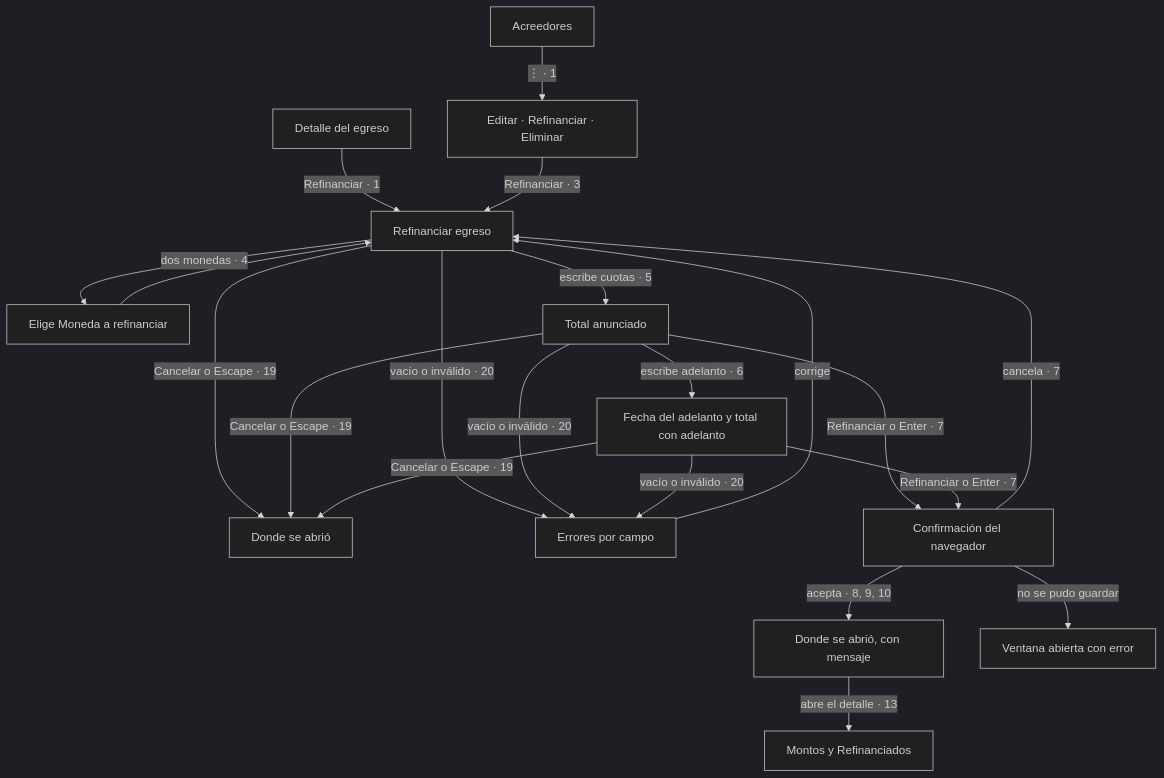
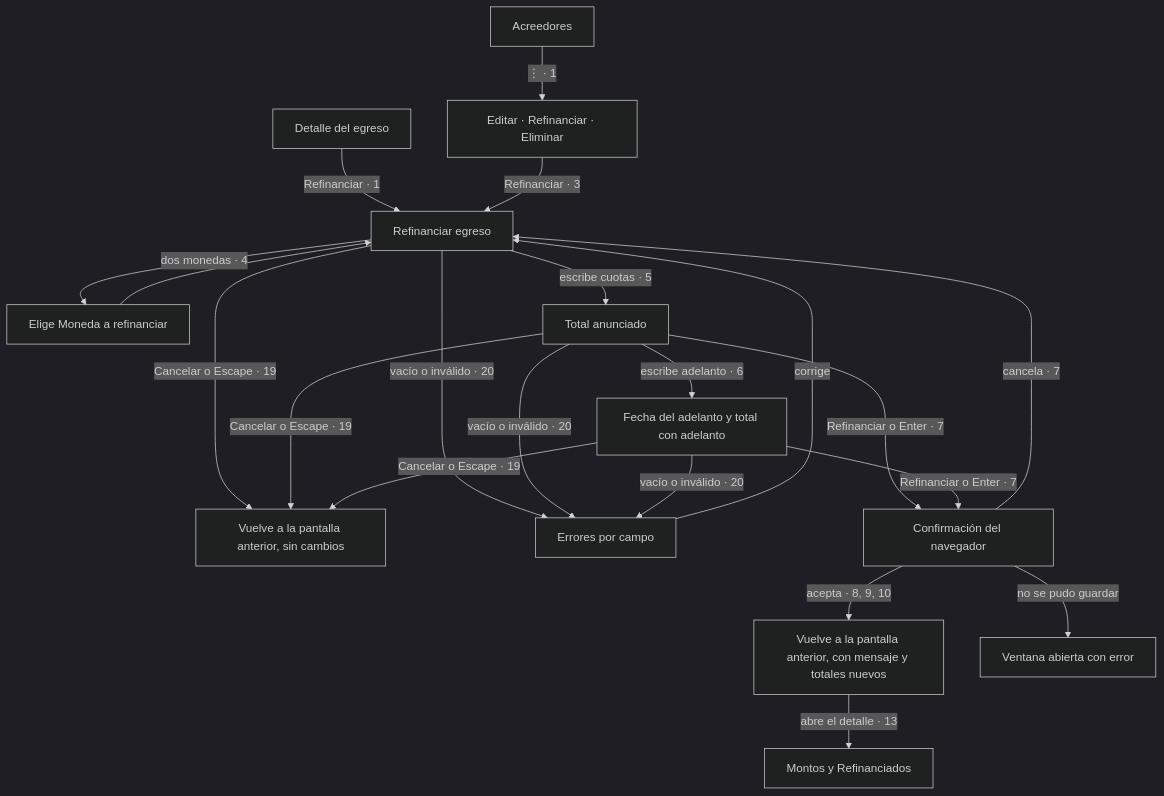
Before and after one commit to rochafederico/nivva: the diagram in specs/004-refinanciar-egreso/flujo.md, drawn with Mermaid (dark theme).

Commit message:
Flujo 004: nombres más claros para volver a la pantalla anterior
Claude-Session: https://claude.ai/code/session_01B92UGrid29PFYGjWiDBVej

````diff
--- a/specs/004-refinanciar-egreso/flujo.md
+++ b/specs/004-refinanciar-egreso/flujo.md
@@ -10,18 +10,18 @@
 ```mermaid
 flowchart TD
   A[Acreedores] -->|⋮ · 1| M[Editar · Refinanciar · Eliminar]
   L[Detalle del egreso] -->|Refinanciar · 1| V
   M -->|Refinanciar · 3| V[Refinanciar egreso]
   V -->|dos monedas · 4| MO[Elige Moneda a refinanciar]
   MO --> V
   V -->|escribe cuotas · 5| T[Total anunciado]
   T -->|escribe adelanto · 6| AD[Fecha del adelanto y total con adelanto]
-  V & T & AD -->|Cancelar o Escape · 19| O[Donde se abrió]
+  V & T & AD -->|Cancelar o Escape · 19| O[Vuelve a la pantalla anterior, sin cambios]
   V & T & AD -->|vacío o inválido · 20| X[Errores por campo]
   X -->|corrige| V
   T & AD -->|Refinanciar o Enter · 7| C[Confirmación del navegador]
   C -->|cancela · 7| V
-  C -->|acepta · 8, 9, 10| O2[Donde se abrió, con mensaje]
+  C -->|acepta · 8, 9, 10| O2[Vuelve a la pantalla anterior, con mensaje y totales nuevos]
   C -->|no se pudo guardar| ES[Ventana abierta con error]
   O2 -->|abre el detalle · 13| R[Montos y Refinanciados]
 ```
````
